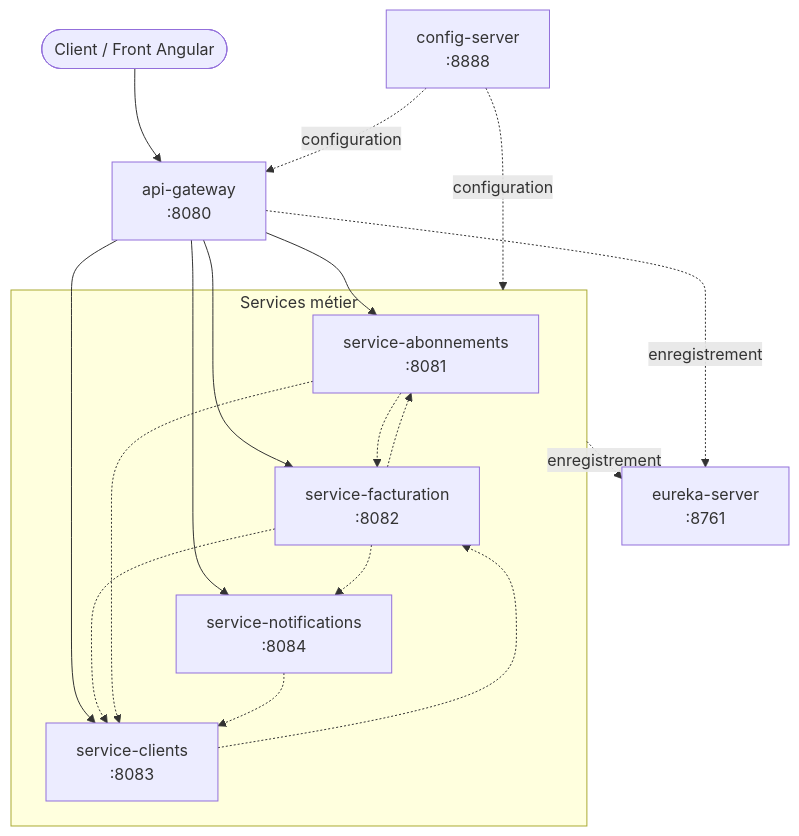
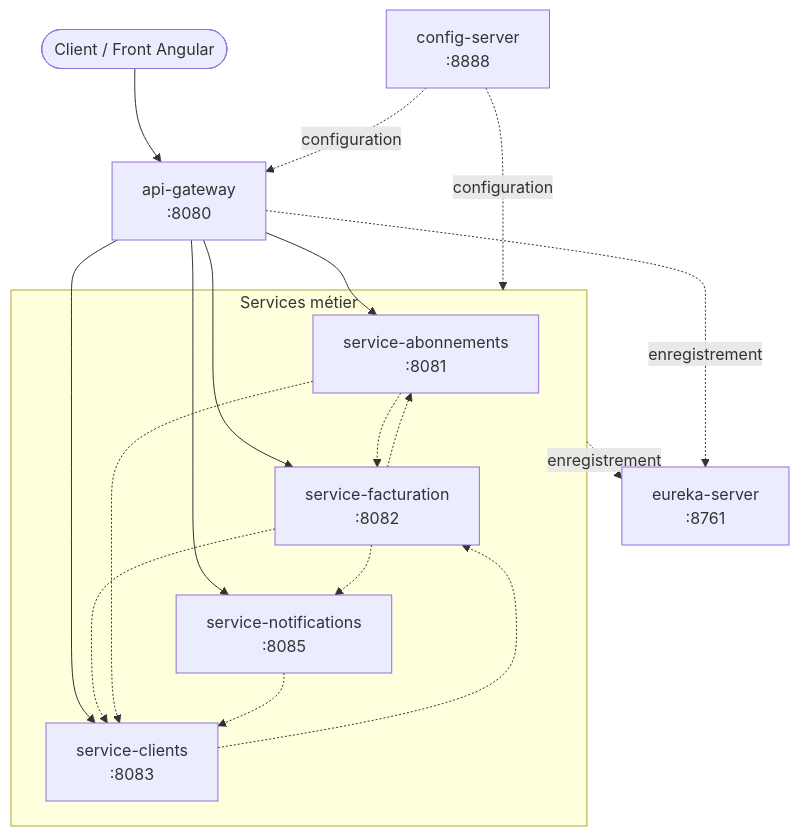
The seventh of 7 diagrams in README.md (AymenEdd/Bill-Flex), drawn with Mermaid before and after one commit. The commit also changed other lines of this file and 81 other files, not shown here.

````diff
--- a/README.md
+++ b/README.md
@@ -357,34 +357,34 @@
 ```mermaid
 flowchart TB
   client(["Client / Front Angular"])
 
   gateway["api-gateway<br/>:8080"]
   eureka["eureka-server<br/>:8761"]
   config["config-server<br/>:8888"]
 
   subgraph metier ["Services métier"]
     abo["service-abonnements<br/>:8081"]
     fact["service-facturation<br/>:8082"]
     cli["service-clients<br/>:8083"]
-    notif["service-notifications<br/>:8084"]
+    notif["service-notifications<br/>:8085"]
   end
 
   client --> gateway
   gateway --> abo
   gateway --> fact
   gateway --> cli
   gateway --> notif
 
   fact -.-> abo
   fact -.-> cli
   cli -.-> fact
   abo -.-> fact
   abo -.-> cli
   fact -.-> notif
   notif -.-> cli
 
   gateway -. enregistrement .-> eureka
   metier -. enregistrement .-> eureka
   config -. configuration .-> gateway
   config -. configuration .-> metier
 ```
````
